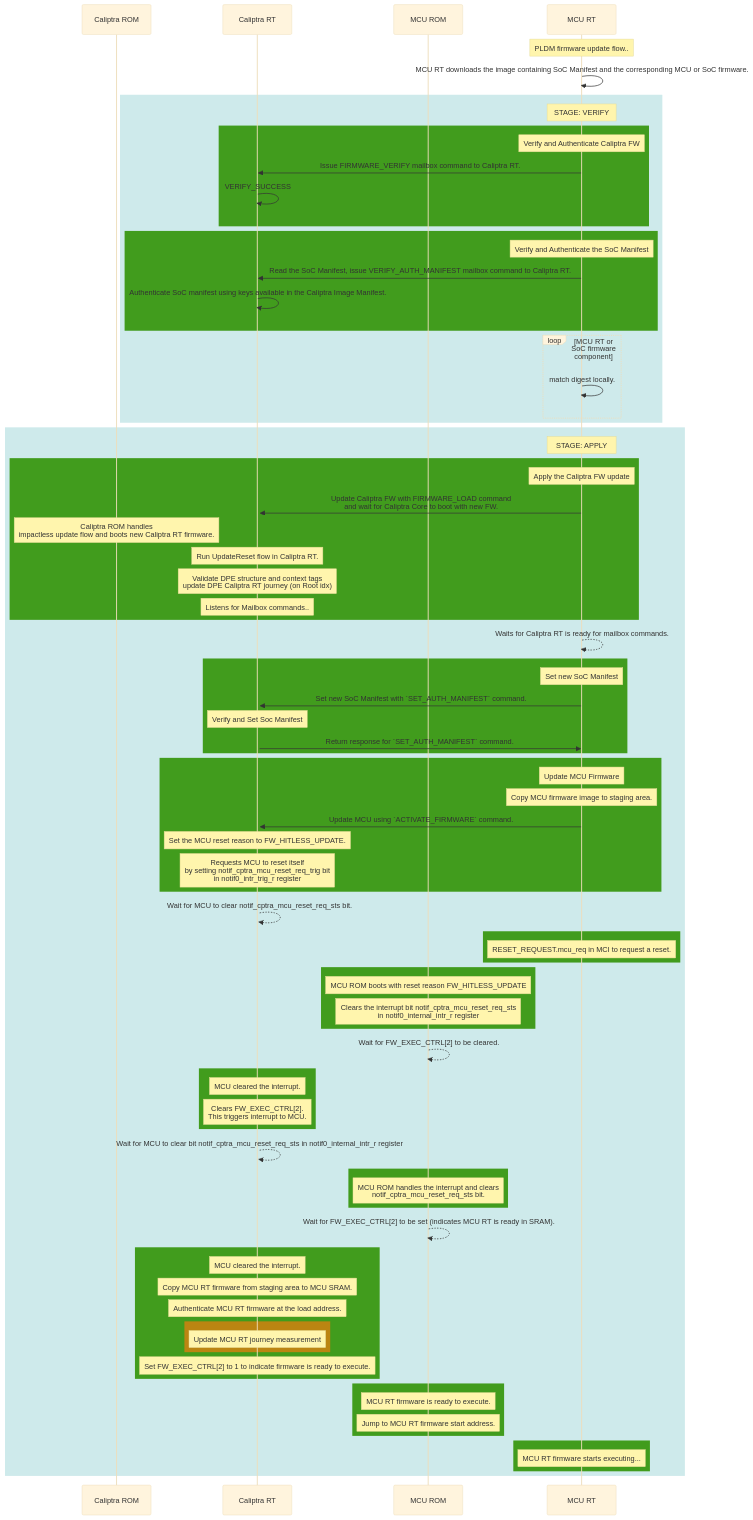
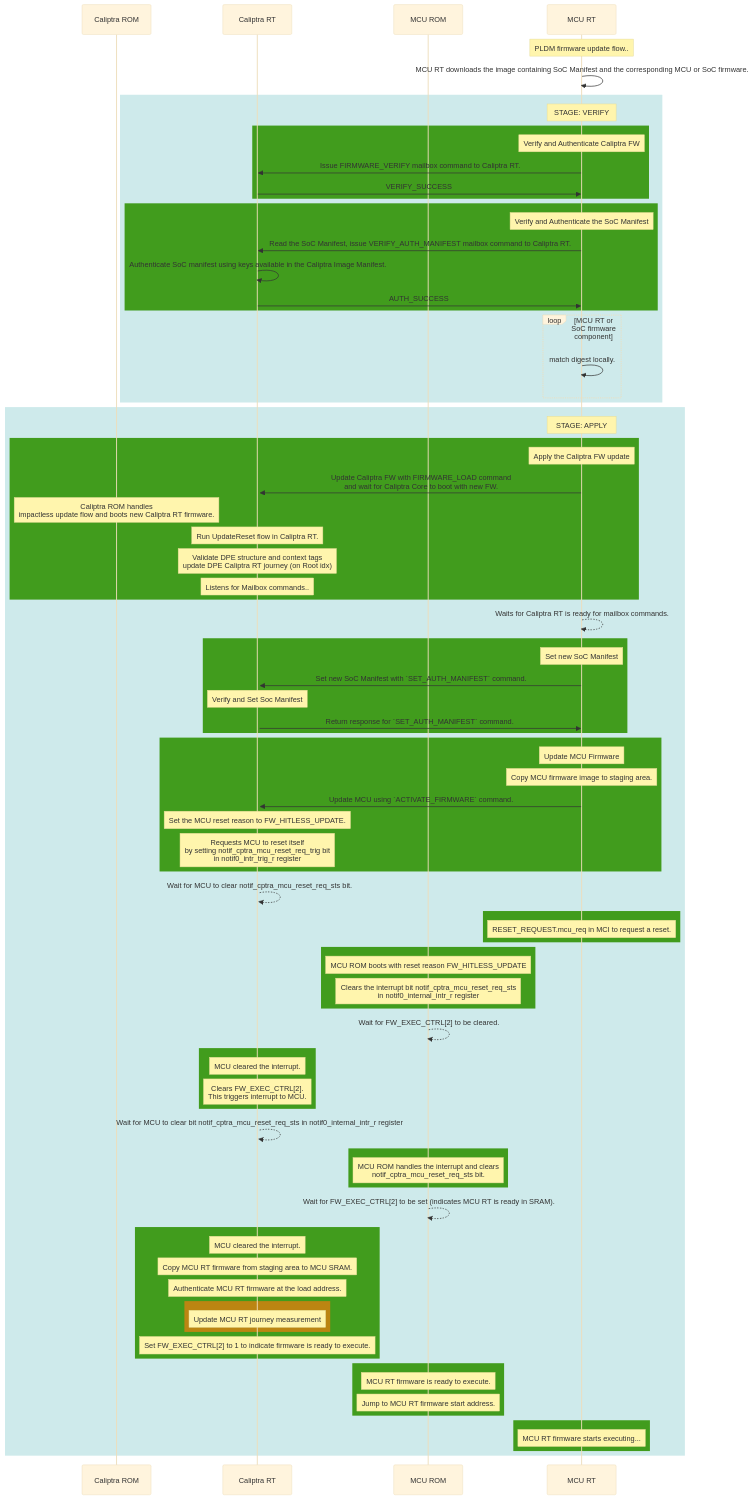
Before and after one commit to chipsalliance/caliptra-mcu-sw: the second of 2 diagrams in docs/src/measurements.md, drawn with Mermaid (base theme).

Commit message:
Fix mailbox command responses

```diff
--- a/docs/src/measurements.md
+++ b/docs/src/measurements.md
@@ -61,12 +61,13 @@
         rect rgba(65, 156, 29, 1)
             note over MCU RT: Verify and Authenticate Caliptra FW
             MCU RT ->> Caliptra RT: Issue FIRMWARE_VERIFY mailbox command to Caliptra RT.
-            Caliptra RT ->> Caliptra RT: VERIFY_SUCCESS
+            Caliptra RT ->> MCU RT: VERIFY_SUCCESS
         end
         rect rgba(65, 156, 29, 1)
             note over MCU RT: Verify and Authenticate the SoC Manifest
             MCU RT ->> Caliptra RT: Read the SoC Manifest, issue VERIFY_AUTH_MANIFEST mailbox command to Caliptra RT.
             Caliptra RT ->> Caliptra RT: Authenticate SoC manifest using keys available in the Caliptra Image Manifest.
+            Caliptra RT ->> MCU RT: AUTH_SUCCESS
         end
         loop MCU RT or SoC firmware component
             MCU RT ->> MCU RT: match digest locally.
```
